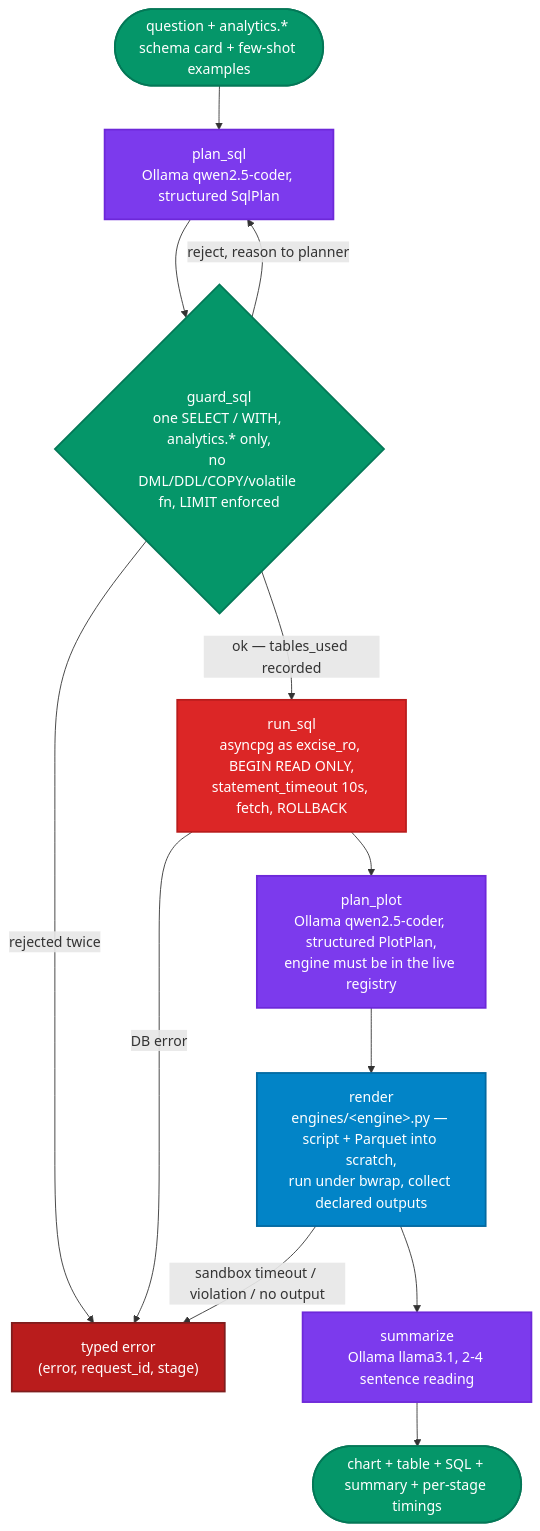
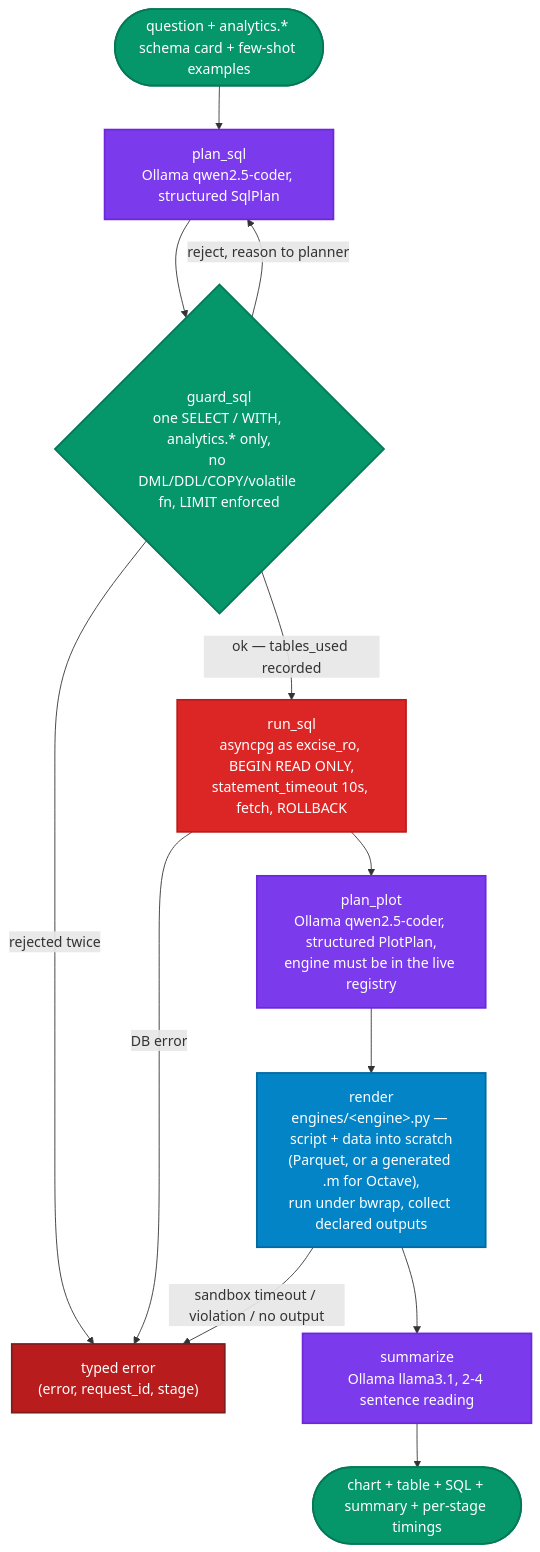
One commit to SubhanRaj/excise-mcp-dashboard changed the first of 3 diagrams in MCP_ENGINES.md. Above: the diagram before and after it, drawn with Mermaid. The commit also changed other lines of this file and 12 other files, not shown here.

````diff
--- a/MCP_ENGINES.md
+++ b/MCP_ENGINES.md
@@ -113,27 +117,27 @@
 ```mermaid
 flowchart TD
     classDef app fill:#059669,stroke:#047857,stroke-width:2px,color:#fff
     classDef ai fill:#7c3aed,stroke:#6d28d9,stroke-width:2px,color:#fff
     classDef viz fill:#0284c7,stroke:#0369a1,stroke-width:2px,color:#fff
     classDef db fill:#dc2626,stroke:#b91c1c,stroke-width:2px,color:#fff
     classDef err fill:#b91c1c,stroke:#7f1d1d,stroke-width:2px,color:#fff
 
     Q(["question + analytics.* schema card + few-shot examples"]):::app
     P1["plan_sql<br/>Ollama qwen2.5-coder, structured SqlPlan"]:::ai
     G{"guard_sql<br/>one SELECT / WITH, analytics.* only,<br/>no DML/DDL/COPY/volatile fn, LIMIT enforced"}:::app
     RS["run_sql<br/>asyncpg as excise_ro, BEGIN READ ONLY,<br/>statement_timeout 10s, fetch, ROLLBACK"]:::db
     P2["plan_plot<br/>Ollama qwen2.5-coder, structured PlotPlan,<br/>engine must be in the live registry"]:::ai
-    R["render<br/>engines/&lt;engine&gt;.py — script + Parquet into scratch,<br/>run under bwrap, collect declared outputs"]:::viz
+    R["render<br/>engines/&lt;engine&gt;.py — script + data into scratch<br/>(Parquet, or a generated .m for Octave),<br/>run under bwrap, collect declared outputs"]:::viz
     S["summarize<br/>Ollama llama3.1, 2-4 sentence reading"]:::ai
     Out(["chart + table + SQL + summary + per-stage timings"]):::app
     Err["typed error<br/>(error, request_id, stage)"]:::err
 
     Q --> P1 --> G
     G -->|reject, reason to planner| P1
     G -->|rejected twice| Err
     G -->|ok — tables_used recorded| RS
     RS -->|DB error| Err
     RS --> P2 --> R
     R -->|sandbox timeout / violation / no output| Err
     R --> S --> Out
 ```
````
